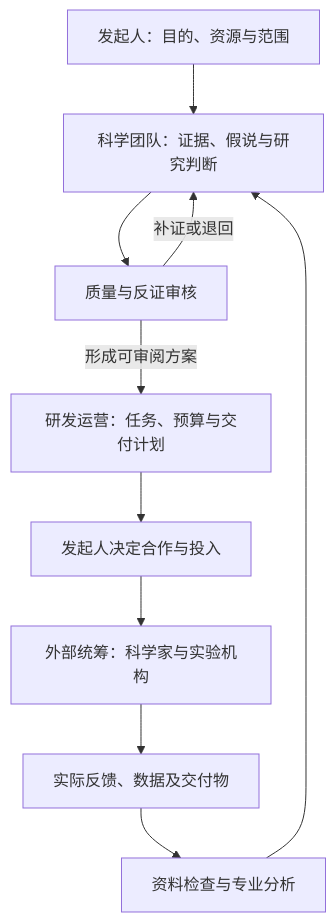
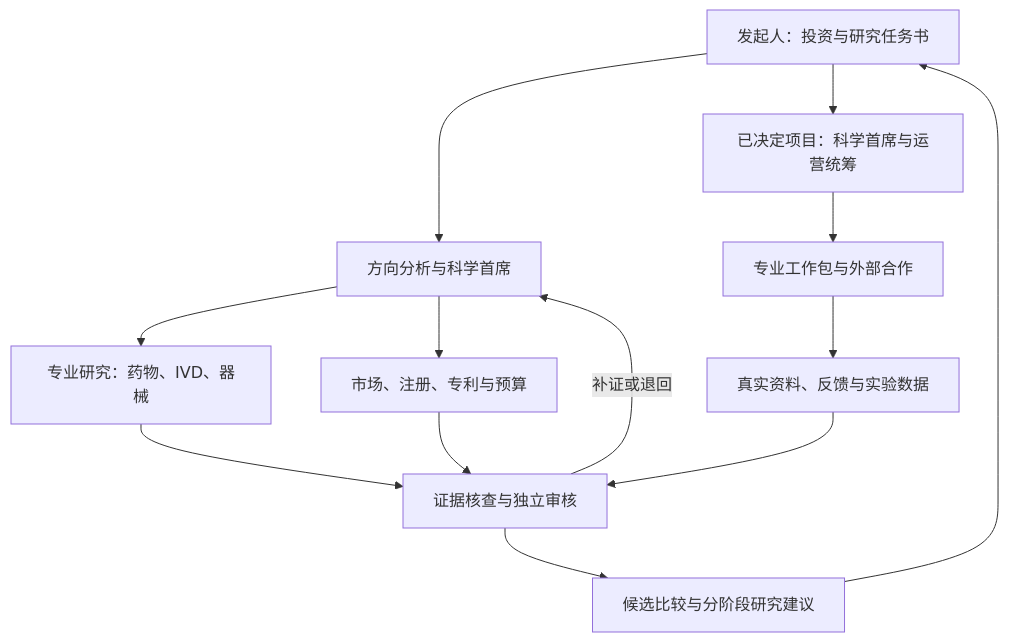
The diagram in 医疗一人项目/最高思想.md (pyzz58/gpt-recommendations), drawn with Mermaid before and after one commit. The commit also changed other lines of this file, not shown here.

````diff
--- a/医疗一人项目/最高思想.md
+++ b/医疗一人项目/最高思想.md
@@ -132,12 +195,15 @@
 ```mermaid
 flowchart TD
-    A["发起人：目的、资源与范围"] --> B["科学团队：证据、假说与研究判断"]
-    B --> C["质量与反证审核"]
-    C -->|"补证或退回"| B
-    C -->|"形成可审阅方案"| D["研发运营：任务、预算与交付计划"]
-    D --> E["发起人决定合作与投入"]
-    E --> F["外部统筹：科学家与实验机构"]
-    F --> G["实际反馈、数据及交付物"]
-    G --> H["资料检查与专业分析"]
-    H --> B
+    A["发起人：投资与研究任务书"] --> B["方向分析与科学首席"]
+    B --> C["专业研究：药物、IVD、器械"]
+    B --> D["市场、注册、专利与预算"]
+    C --> E["证据核查与独立审核"]
+    D --> E
+    E -->|"补证或退回"| B
+    E --> F["候选比较与分阶段研究建议"]
+    F --> A
+    A --> G["已决定项目：科学首席与运营统筹"]
+    G --> H["专业工作包与外部合作"]
+    H --> I["真实资料、反馈与实验数据"]
+    I --> E
 ```
````
